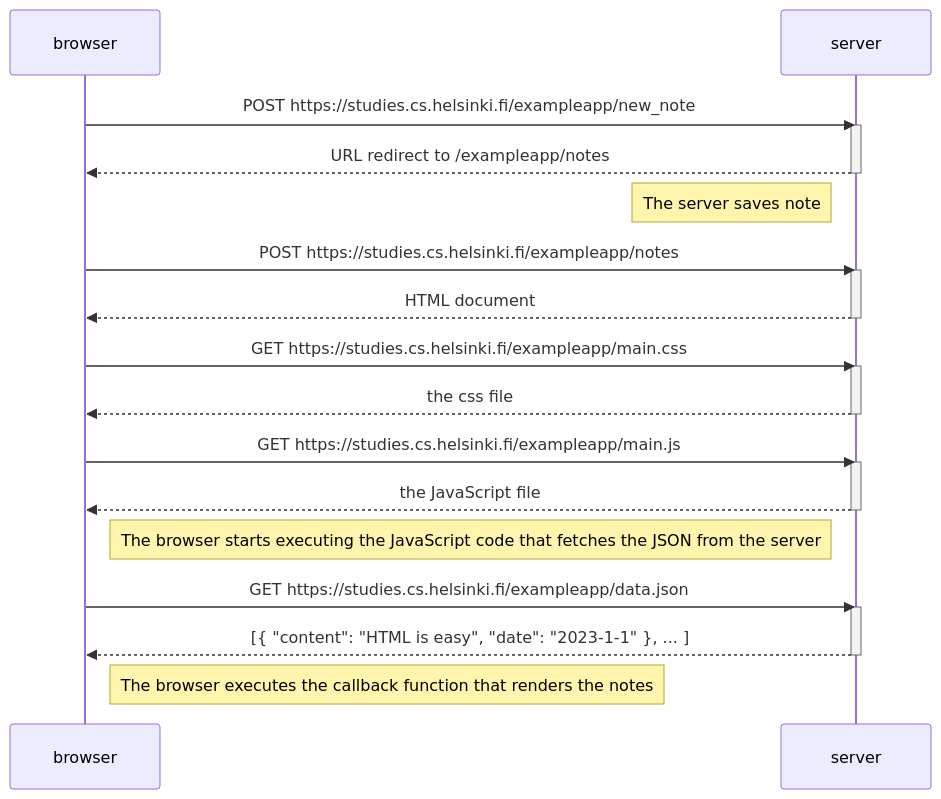
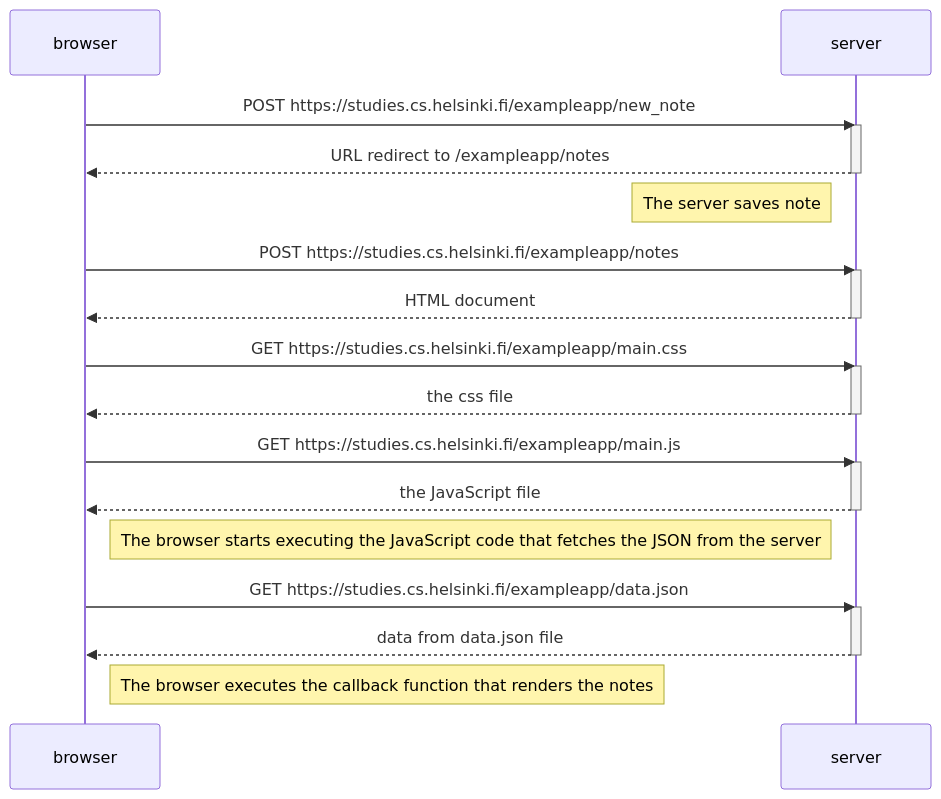
The diagram in part0/0.4/notesDiagram.md (TadiusSapfiro/fullstackOpenStudy), drawn with Mermaid before and after one commit.

Commit message:
Update server response description in notesDiagram.md

````diff
--- a/part0/0.4/notesDiagram.md
+++ b/part0/0.4/notesDiagram.md
@@ -1,36 +1,36 @@
 ```mermaid
 sequenceDiagram
 participant browser
 participant server
 
     browser->>server: POST https://studies.cs.helsinki.fi/exampleapp/new_note
     activate server
     server-->>browser: URL redirect to /exampleapp/notes
     deactivate server
     Note left of server: The server saves note
 
     browser->>server: POST https://studies.cs.helsinki.fi/exampleapp/notes
     activate server
     server-->>browser: HTML document
     deactivate server
 
     browser->>server: GET https://studies.cs.helsinki.fi/exampleapp/main.css
     activate server
     server-->>browser: the css file
     deactivate server
 
     browser->>server: GET https://studies.cs.helsinki.fi/exampleapp/main.js
     activate server
     server-->>browser: the JavaScript file
     deactivate server
 
     Note right of browser: The browser starts executing the JavaScript code that fetches the JSON from the server
 
     browser->>server: GET https://studies.cs.helsinki.fi/exampleapp/data.json
     activate server
-    server-->>browser: [{ "content": "HTML is easy", "date": "2023-1-1" }, ... ]
+    server-->>browser: data from data.json file
     deactivate server
 
     Note right of browser: The browser executes the callback function that renders the notes
 
 ```
````
